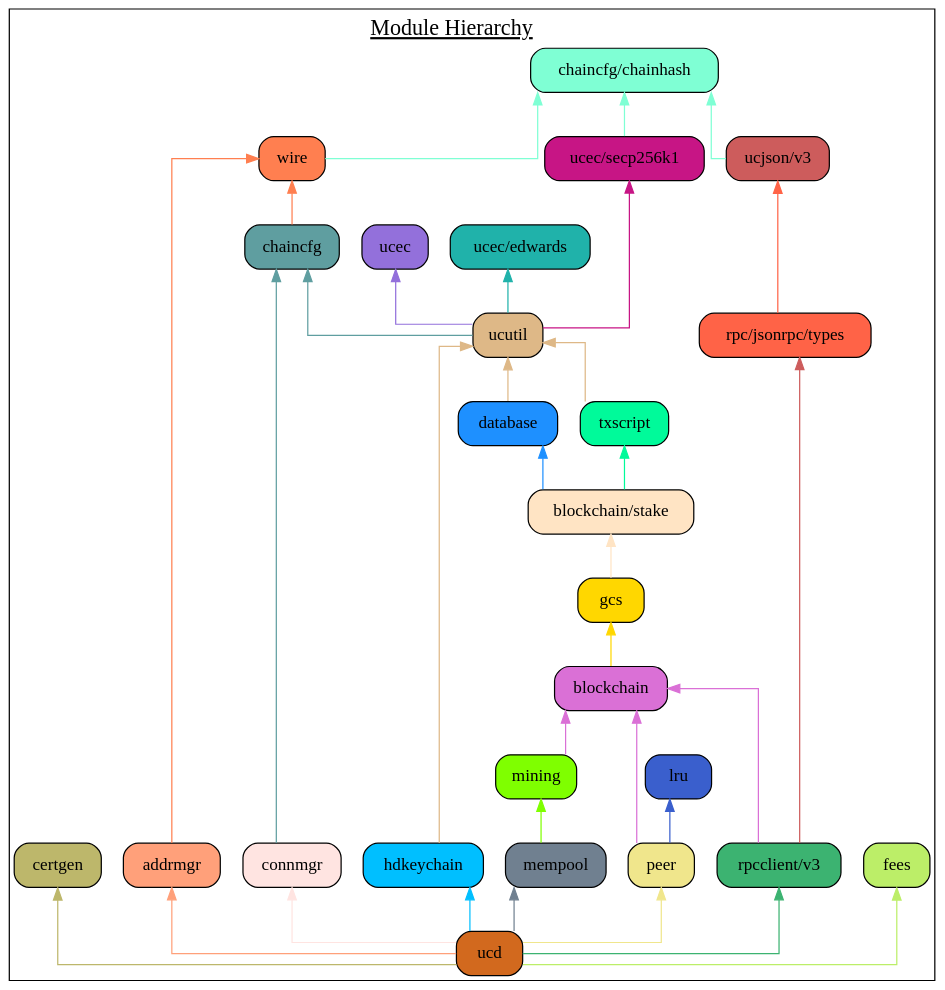
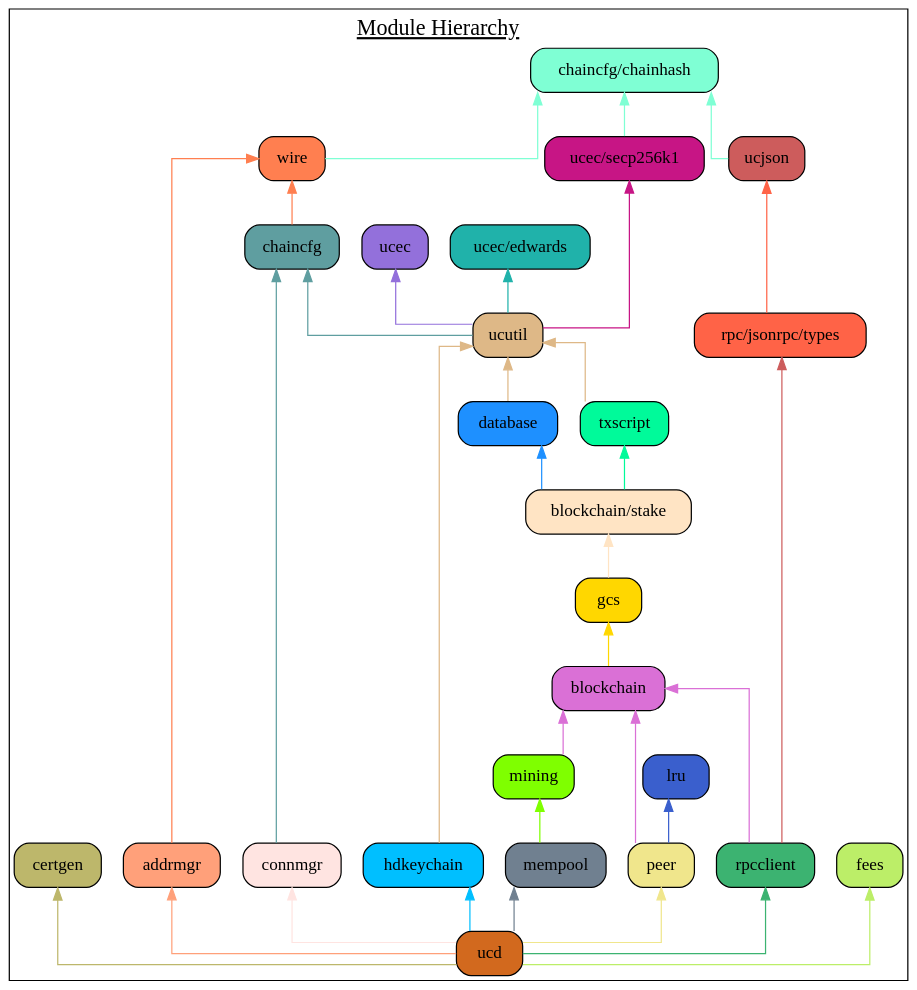
Before and after one commit to UtopiaCoinOrg/ucd: the diagram in docs/assets/module_hierarchy.gv, drawn with Graphviz. The commit also changed 7 other files, not shown here.

```diff
--- a/docs/assets/module_hierarchy.gv
+++ b/docs/assets/module_hierarchy.gv
@@ -1,67 +1,67 @@
 digraph {
 	graph [splines=ortho colorscheme=svg label=<<u>Module Hierarchy</u>> labelloc=t fontsize=18.0]
 	node [shape=box style="filled, rounded"]
 
 	certgen [label="certgen" fillcolor=darkkhaki]
 	chainhash [label="chaincfg/chainhash" fillcolor=aquamarine]
-	ucjson [label="ucjson/v3" fillcolor=indianred]
+	ucjson [label="ucjson" fillcolor=indianred]
 	types [label="rpc/jsonrpc/types" fillcolor=tomato]
 	wire [label="wire" fillcolor=coral]
 	addrmgr [label="addrmgr" fillcolor=lightsalmon]
 	chaincfg [label="chaincfg" fillcolor=cadetblue]
 	connmgr [label="connmgr" fillcolor=mistyrose]
 	ucec [label="ucec" fillcolor=mediumpurple]
 	edwards [label="ucec/edwards" fillcolor=lightseagreen]
 	secp256k1 [label="ucec/secp256k1" fillcolor=mediumvioletred]
 	ucutil [label="ucutil" fillcolor=burlywood]
 	database [label="database" fillcolor=dodgerblue]
 	hdkeychain [label="hdkeychain" fillcolor=deepskyblue]
 	txscript [label="txscript" fillcolor=mediumspringgreen]
 	stake [label="blockchain/stake" fillcolor=bisque]
 	gcs [label="gcs" fillcolor=gold]
 	blockchain [label="blockchain" fillcolor=orchid]
 	mempool [label="mempool" fillcolor=slategray]
 	mining [label="mining" fillcolor=chartreuse]
 	lru  [label="lru" fillcolor=royalblue3]
 	peer [label="peer" fillcolor=khaki]
-	rpcclient [label="rpcclient/v3" fillcolor=mediumseagreen]
+	rpcclient [label="rpcclient" fillcolor=mediumseagreen]
 	fees [label="fees" fillcolor=darkolivegreen2]
 	ucd [label="ucd" fillcolor=chocolate]
 
 	{rank=same connmgr addrmgr hdkeychain peer rpcclient mempool}
 
 	certgen
 	chainhash -> ucjson [dir=back color=aquamarine]
 	chainhash -> wire [dir=back color=aquamarine]
 	wire -> addrmgr [dir=back color=coral]
 	wire -> chaincfg [dir=back color=coral]
 	chaincfg -> connmgr [dir=back color=cadetblue]
 	chainhash -> secp256k1 [dir=back color=aquamarine]
 	chaincfg -> ucutil [dir=back color=cadetblue]
 	ucec -> ucutil [dir=back color=mediumpurple]
 	edwards ->  ucutil [dir=back color=lightseagreen]
 	secp256k1 ->  ucutil [dir=back color=mediumvioletred]
 	ucutil -> database [dir=back color=burlywood]
 	ucutil -> hdkeychain [dir=back color=burlywood]
 	ucutil -> txscript [dir=back color=burlywood]
 	database ->  stake [dir=back color=dodgerblue]
 	txscript -> stake [dir=back color=mediumspringgreen]
 	stake -> gcs [dir=back color=bisque]
 	gcs -> blockchain [dir=back color=gold]
 	blockchain -> mining [dir=back color=orchid]
 	mining -> mempool [dir=back color=chartreuse]
 	lru -> peer [dir=back color=royalblue3]
 	blockchain -> peer [dir=back color=orchid]
 	blockchain -> rpcclient [dir=back color=orchid]
 	ucjson -> types [dir=back color=tomato]
 	types -> rpcclient [dir=back color=indianred]
 
 	fees -> ucd [dir=back color=darkolivegreen2]
 	mempool -> ucd [dir=back color=slategray]
 	certgen -> ucd [dir=back color=darkkhaki]
 	addrmgr -> ucd [dir=back color=lightsalmon]
 	hdkeychain -> ucd [dir=back color=deepskyblue]
 	connmgr -> ucd [dir=back color=mistyrose]
 	rpcclient -> ucd [dir=back color=mediumseagreen]
 	peer -> ucd [dir=back color=khaki]
 }
```
